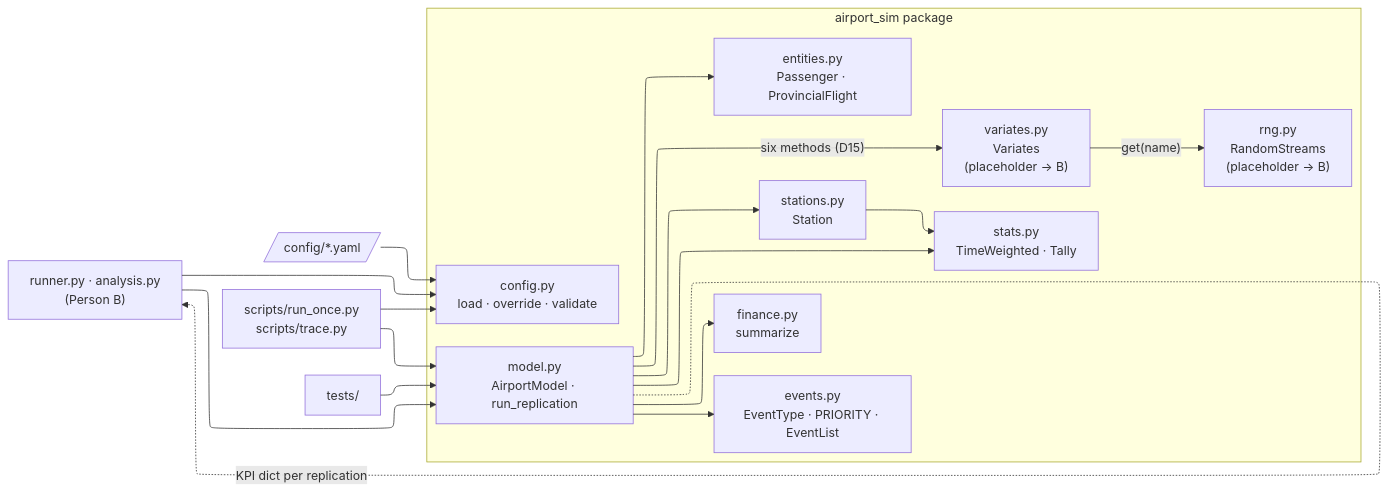
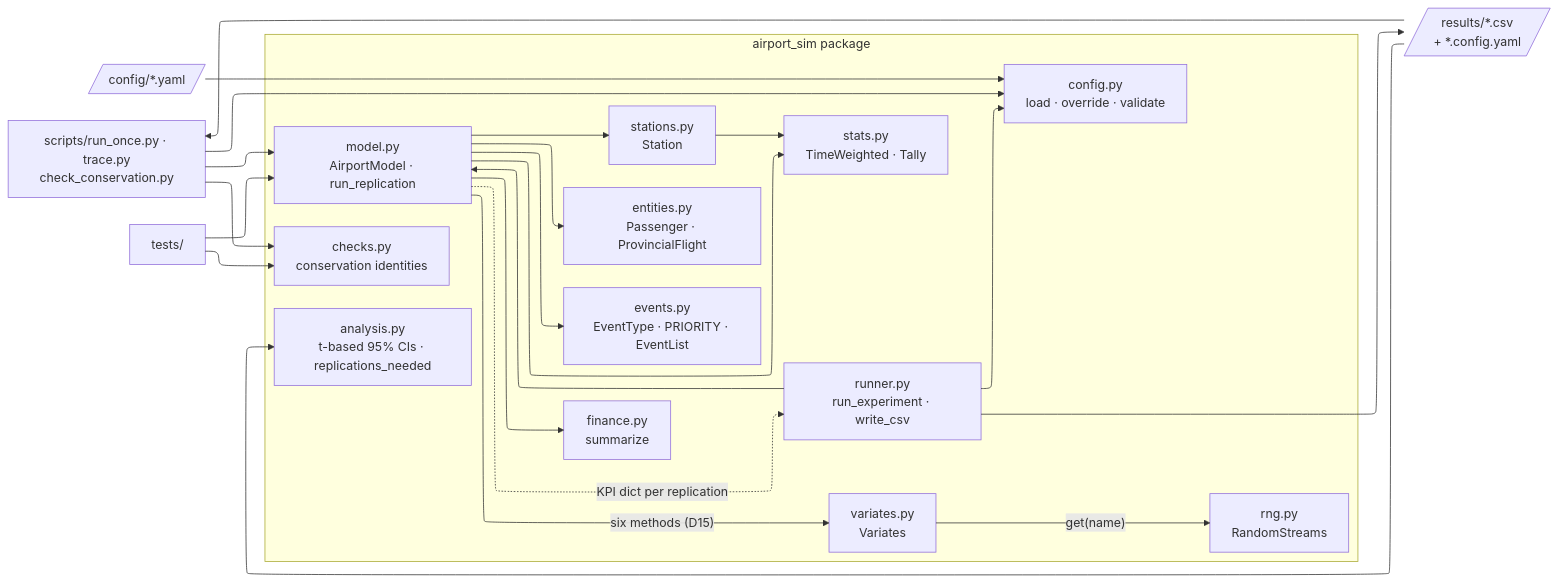
One commit to JacobA31/Airport-Simulation changed the diagram in docs/diagrams/architecture.mmd. Above: the diagram before and after it, drawn with Mermaid. The commit also changed 17 other files, not shown here.

```diff
--- a/docs/diagrams/architecture.mmd
+++ b/docs/diagrams/architecture.mmd
@@ -1,35 +1,43 @@
 %%{init: {"flowchart": {"defaultRenderer": "elk", "padding": 14}}}%%
 flowchart LR
   CFG[/"config/*.yaml"/]
-  RUNNER["runner.py · analysis.py<br/>(Person B)"]
-  SCRIPTS["scripts/run_once.py<br/>scripts/trace.py"]
+  OUT[/"results/*.csv<br/>+ *.config.yaml"/]
+  SCRIPTS["scripts/run_once.py · trace.py<br/>check_conservation.py"]
   TESTS["tests/"]
 
   subgraph PKG["airport_sim package"]
     direction LR
+    RUNNER["runner.py<br/>run_experiment · write_csv"]
+    ANALYSIS["analysis.py<br/>t-based 95% CIs · replications_needed"]
     CONFIG["config.py<br/>load · override · validate"]
     MODEL["model.py<br/>AirportModel · run_replication"]
     EVENTS["events.py<br/>EventType · PRIORITY · EventList"]
     ENT["entities.py<br/>Passenger · ProvincialFlight"]
     STATIONS["stations.py<br/>Station"]
     STATS["stats.py<br/>TimeWeighted · Tally"]
     FIN["finance.py<br/>summarize"]
-    RNG["rng.py<br/>RandomStreams<br/>(placeholder → B)"]
-    VAR["variates.py<br/>Variates<br/>(placeholder → B)"]
+    CHECKS["checks.py<br/>conservation identities"]
+    RNG["rng.py<br/>RandomStreams"]
+    VAR["variates.py<br/>Variates"]
   end
 
   CFG --> CONFIG
   RUNNER --> CONFIG
   RUNNER --> MODEL
+  RUNNER --> OUT
+  OUT --> ANALYSIS
+  OUT --> SCRIPTS
   SCRIPTS --> CONFIG
   SCRIPTS --> MODEL
+  SCRIPTS --> CHECKS
   TESTS --> MODEL
+  TESTS --> CHECKS
   MODEL --> EVENTS
   MODEL --> ENT
   MODEL --> STATIONS
   MODEL --> STATS
   MODEL --> FIN
   STATIONS --> STATS
   MODEL -- "six methods (D15)" --> VAR
   VAR -- "get(name)" --> RNG
   MODEL -. "KPI dict per replication" .-> RUNNER
```
